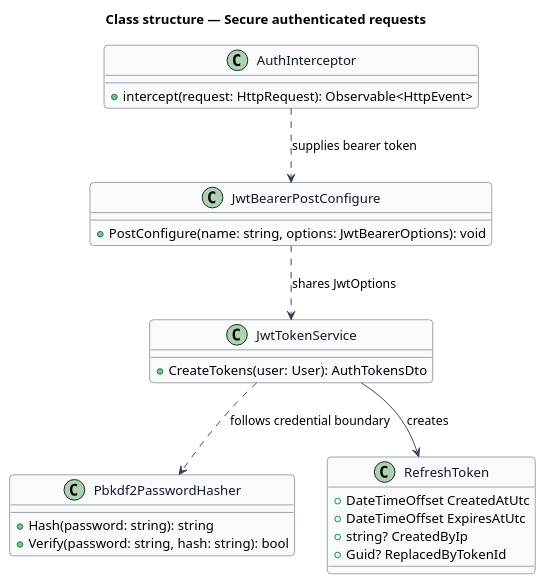
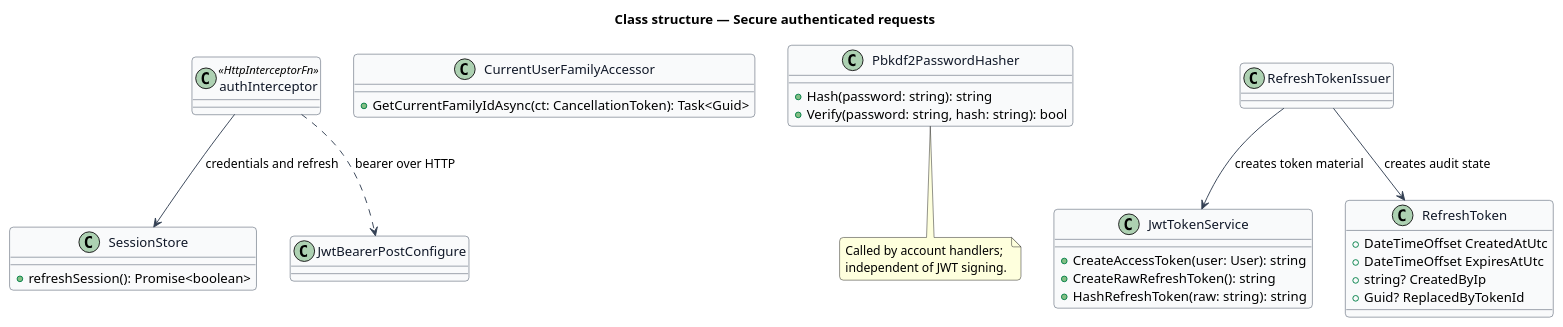
One commit to QuinntyneBrown/saturdaze changed the diagram in docs/detailed-designs/identity-and-access/secure-authenticated-requests/diagrams/class-structure.puml. Above: the diagram before and after it, drawn with PlantUML. The commit also changed 208 other files, not shown here.

```diff
--- a/docs/detailed-designs/identity-and-access/secure-authenticated-requests/diagrams/class-structure.puml
+++ b/docs/detailed-designs/identity-and-access/secure-authenticated-requests/diagrams/class-structure.puml
@@ -1,37 +1,46 @@
 @startuml
 skinparam backgroundColor #FFFFFF
 skinparam shadowing false
 skinparam roundcorner 8
 skinparam defaultFontName Arial
 skinparam ArrowColor #344054
 skinparam class {
   BorderColor #344054
   FontColor #101828
   BackgroundColor #F9FAFB
 }
 title Class structure — Secure authenticated requests
 
-class AuthInterceptor {
-  +intercept(request: HttpRequest): Observable<HttpEvent>
+class authInterceptor <<HttpInterceptorFn>>
+class SessionStore {
+  +refreshSession(): Promise<boolean>
 }
-class JwtBearerPostConfigure {
-  +PostConfigure(name: string, options: JwtBearerOptions): void
+class CurrentUserFamilyAccessor {
+  +GetCurrentFamilyIdAsync(ct: CancellationToken): Task<Guid>
 }
+class JwtBearerPostConfigure
 class Pbkdf2PasswordHasher {
   +Hash(password: string): string
   +Verify(password: string, hash: string): bool
 }
 class JwtTokenService {
-  +CreateTokens(user: User): AuthTokensDto
+  +CreateAccessToken(user: User): string
+  +CreateRawRefreshToken(): string
+  +HashRefreshToken(raw: string): string
 }
+class RefreshTokenIssuer
 class RefreshToken {
   +DateTimeOffset CreatedAtUtc
   +DateTimeOffset ExpiresAtUtc
   +string? CreatedByIp
   +Guid? ReplacedByTokenId
 }
-AuthInterceptor ..> JwtBearerPostConfigure : supplies bearer token
-JwtBearerPostConfigure ..> JwtTokenService : shares JwtOptions
-JwtTokenService --> RefreshToken : creates
-JwtTokenService ..> Pbkdf2PasswordHasher : follows credential boundary
+authInterceptor --> SessionStore : credentials and refresh
+authInterceptor ..> JwtBearerPostConfigure : bearer over HTTP
+RefreshTokenIssuer --> JwtTokenService : creates token material
+RefreshTokenIssuer --> RefreshToken : creates audit state
+note bottom of Pbkdf2PasswordHasher
+Called by account handlers;
+independent of JWT signing.
+end note
 @enduml
```
